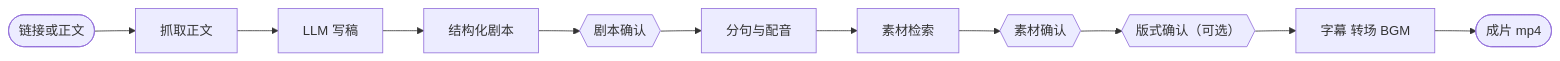
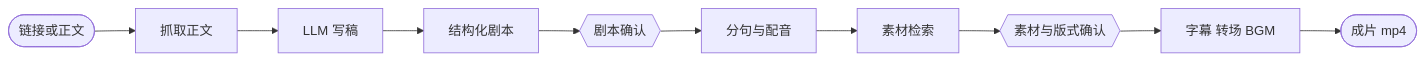
Before and after one commit to chenwr727/AI-Short-Video-Engine: the diagram in README.md, drawn with Mermaid. The commit also changed other lines of this file and 65 other files, not shown here.

````diff
--- a/README.md
+++ b/README.md
@@ -65,13 +65,12 @@
 ```mermaid
 flowchart LR
     A([链接或正文]) --> B[抓取正文]
     B --> C[LLM 写稿]
     C --> D[结构化剧本]
     D --> E{{剧本确认}}
     E --> F[分句与配音]
     F --> G[素材检索]
-    G --> H{{素材确认}}
-    H --> HC{{版式确认（可选）}}
-    HC --> I[字幕 转场 BGM]
+    G --> H{{素材与版式确认}}
+    H --> I[字幕 转场 BGM]
     I --> J([成片 mp4])
 ```
````
